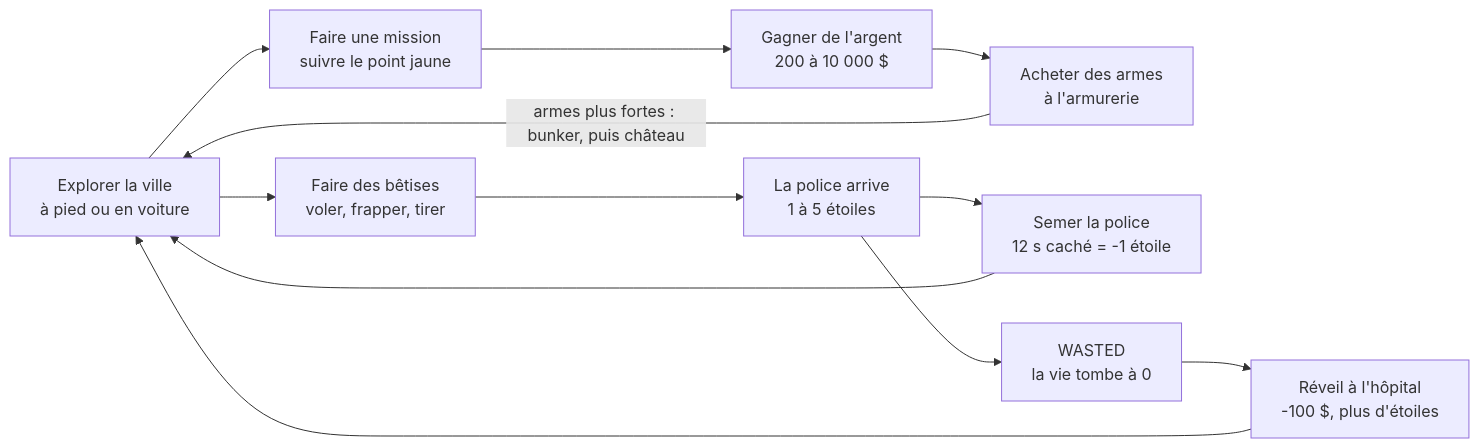
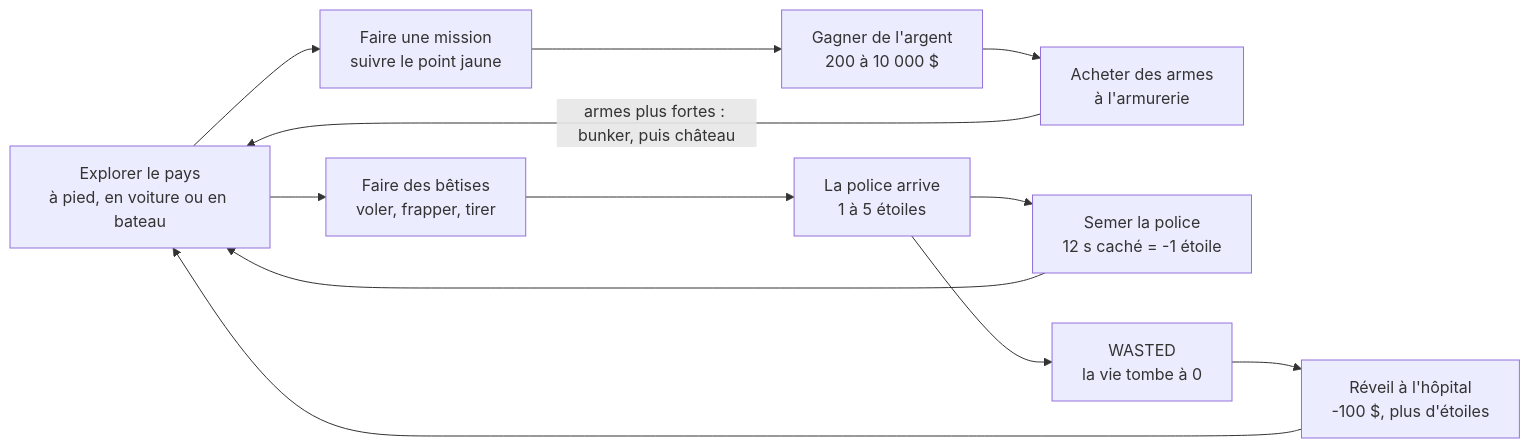
One commit to jlehen/GTAxel changed the diagram in DESIGN.md. Above: the diagram before and after it, drawn with Mermaid. The commit also changed other lines of this file and 2 other files, not shown here.

````diff
--- a/DESIGN.md
+++ b/DESIGN.md
@@ -22,9 +22,9 @@
 ```mermaid
 flowchart LR
-  E[Explorer la ville<br>à pied ou en voiture]
+  E[Explorer le pays<br>à pied, en voiture ou en bateau]
   E --> M[Faire une mission<br>suivre le point jaune] --> G[Gagner de l'argent<br>200 à 10 000 $] --> A[Acheter des armes<br>à l'armurerie]
   A -- armes plus fortes : bunker, puis château --> E
   E --> B[Faire des bêtises<br>voler, frapper, tirer] --> P[La police arrive<br>1 à 5 étoiles]
   P --> S[Semer la police<br>12 s caché = -1 étoile] --> E
   P --> W[WASTED<br>la vie tombe à 0] --> H[Réveil à l'hôpital<br>-100 $, plus d'étoiles] --> E
 ```
````
